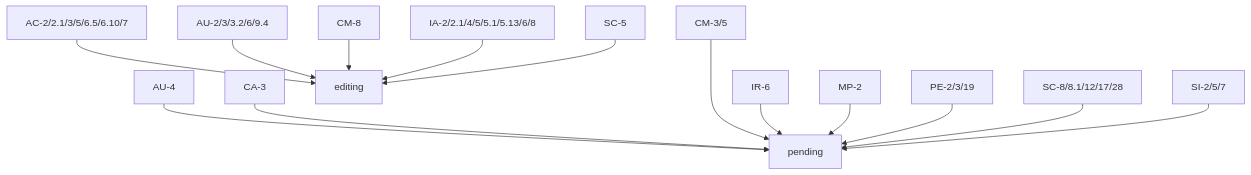
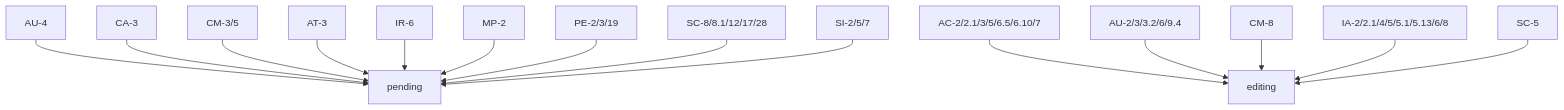
One commit to GoogleCloudPlatform/pbmm-on-gcp-onboarding changed the second of 2 diagrams in docs/google-cloud-security-controls.md. Above: the diagram before and after it, drawn with Mermaid. The commit also changed other lines of this file, not shown here.

````diff
--- a/docs/google-cloud-security-controls.md
+++ b/docs/google-cloud-security-controls.md
@@ -83,27 +92,27 @@
 ```mermaid
 graph TD;
     AU-4-->pending;
     CA-3-->pending;
-    CM-3/5--->pending;
+    CM-3/5-->pending;
     
     AC-2/2.1/3/5/6.5/6.10/7-->editing;
-
+    AT-3-->pending;
     AU-2/3/3.2/6/9.4-->editing;
 
     CM-8-->editing;
 
     IA-2/2.1/4/5/5.1/5.13/6/8-->editing;
     
     IR-6-->pending;
     MP-2-->pending;
     PE-2/3/19-->pending;
     
     SC-8/8.1/12/17/28-->pending;
     
     SC-5-->editing;
     
     SI-2/5/7-->pending;
     
     
 
 ```
````
